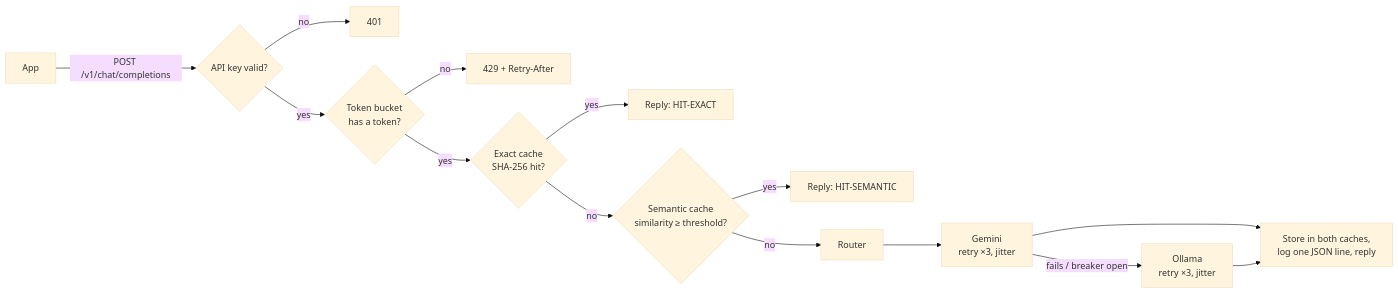
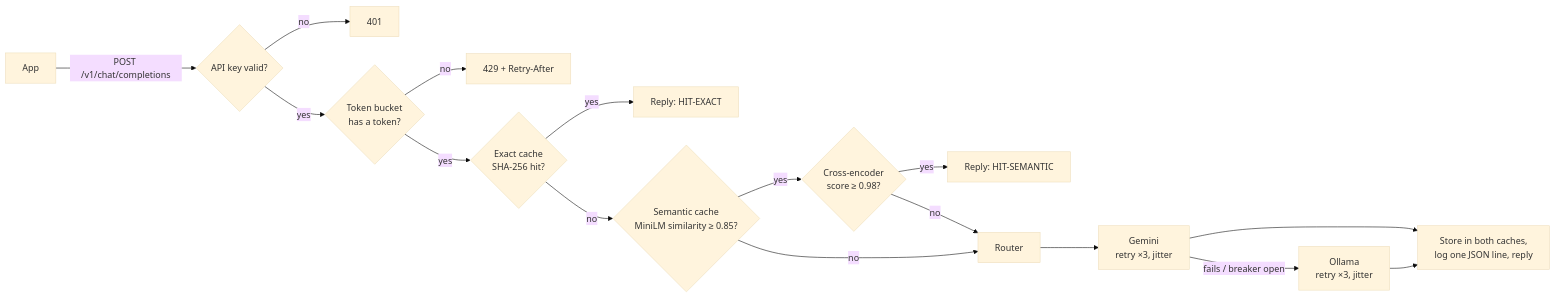
Before and after one commit to nivi9944/llm-gateway: the diagram in README.md, drawn with Mermaid (base theme). The commit also changed other lines of this file and 23 other files, not shown here.

First line of the commit message:
feat: two-stage semantic cache (MiniLM candidate + cross-encoder verify)

````diff
--- a/README.md
+++ b/README.md
@@ -18,16 +18,18 @@
 ```mermaid
 flowchart LR
     A[App] -->|POST /v1/chat/completions| B{API key valid?}
     B -- no --> R401[401]
     B -- yes --> C{Token bucket<br/>has a token?}
     C -- no --> R429[429 + Retry-After]
     C -- yes --> D{Exact cache<br/>SHA-256 hit?}
     D -- yes --> HIT1[Reply: HIT-EXACT]
-    D -- no --> E{Semantic cache<br/>similarity ≥ threshold?}
-    E -- yes --> HIT2[Reply: HIT-SEMANTIC]
+    D -- no --> E{Semantic cache<br/>MiniLM similarity ≥ 0.85?}
+    E -- yes --> V{Cross-encoder<br/>score ≥ 0.98?}
+    V -- yes --> HIT2[Reply: HIT-SEMANTIC]
+    V -- no --> F
     E -- no --> F[Router]
     F --> G[Gemini<br/>retry ×3, jitter]
     G -- fails / breaker open --> H[Ollama<br/>retry ×3, jitter]
     G --> S[Store in both caches,<br/>log one JSON line, reply]
     H --> S
 ```
````
